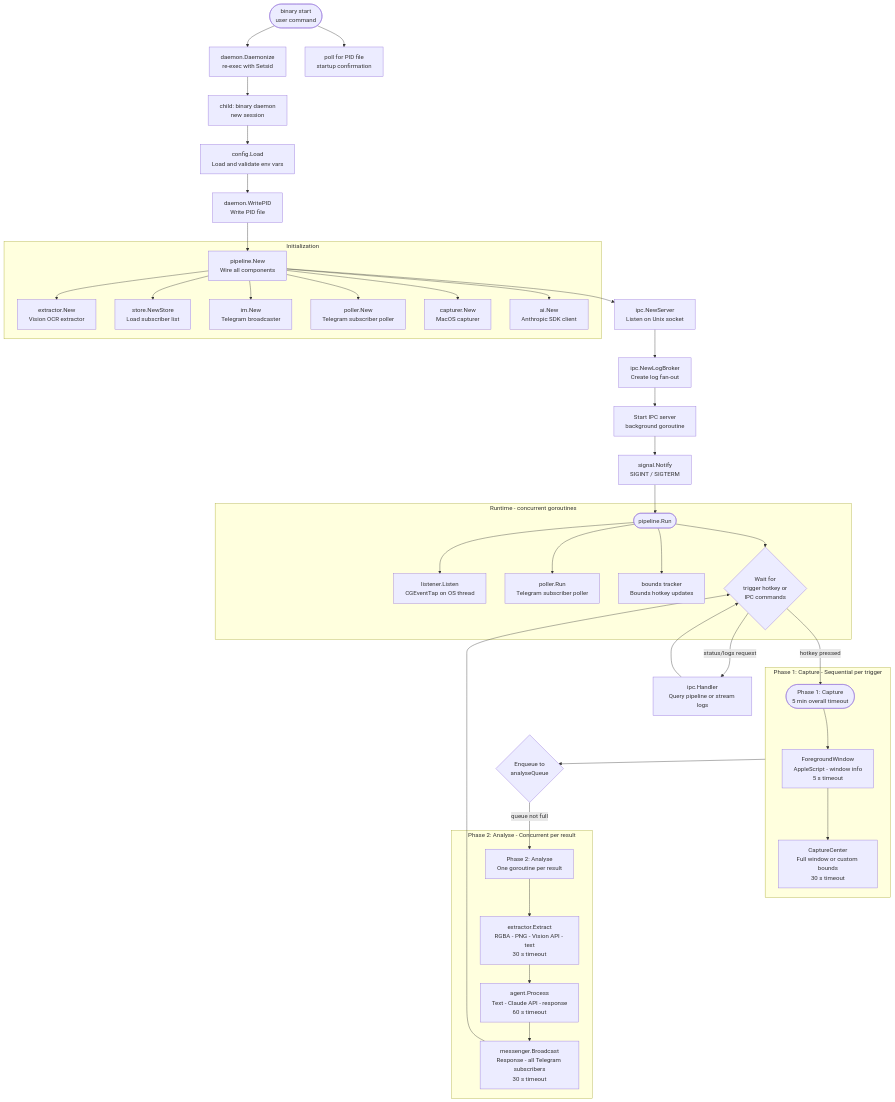
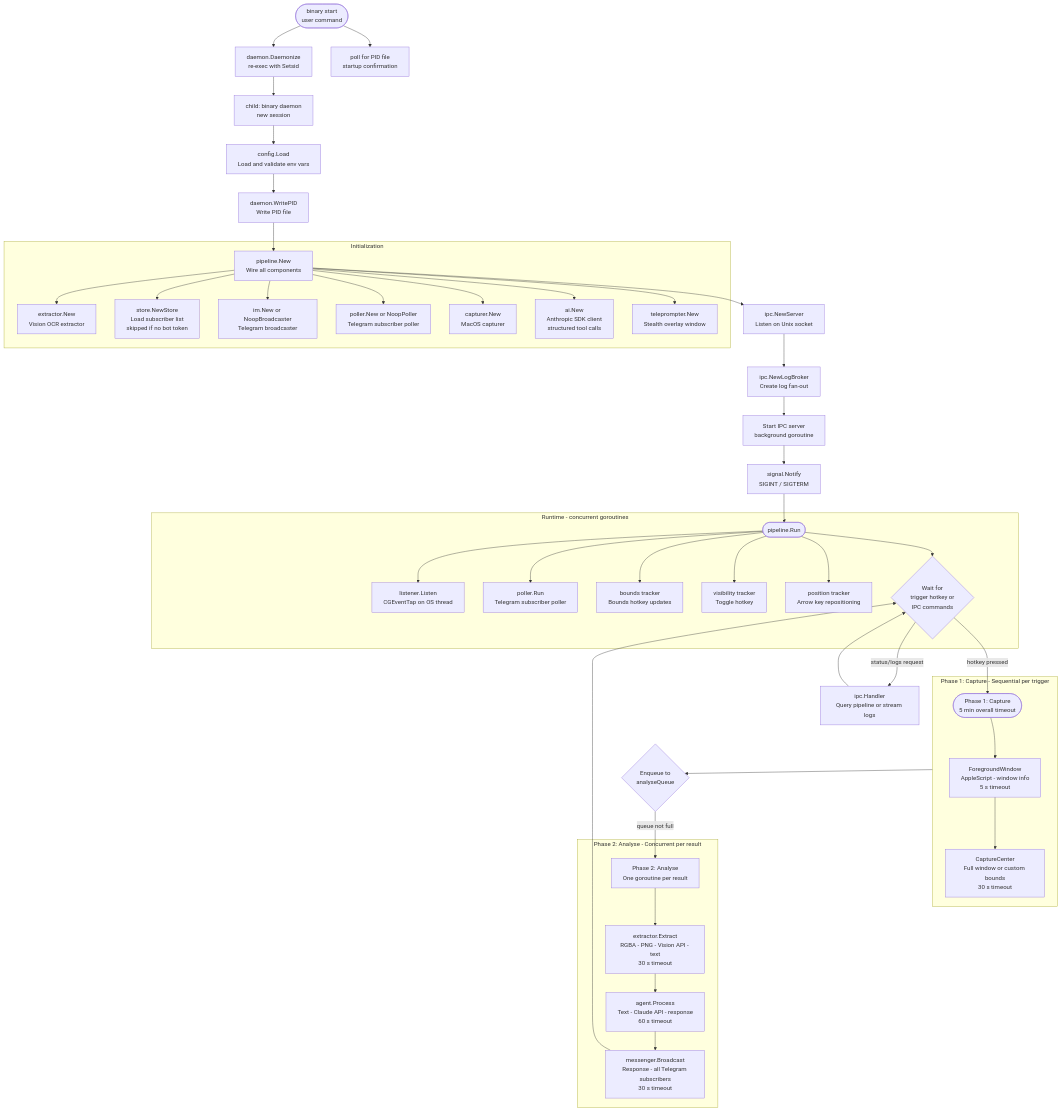
Before and after one commit to vdyalex/lens-daemon: the first of 3 diagrams in docs/ARCHITECTURE.md, drawn with Mermaid. The commit also changed other lines of this file and 36 other files, not shown here.

First line of the commit message:
feat(teleprompter): add stealth overlay with structured AI responses and optional Telegram (#14)

````diff
--- a/docs/ARCHITECTURE.md
+++ b/docs/ARCHITECTURE.md
@@ -65,52 +67,55 @@
 ```mermaid
 flowchart TD
     A([binary start<br/>user command]) --> B[daemon.Daemonize<br/>re-exec with Setsid]
     B --> C[child: binary daemon<br/>new session]
     A --> D[poll for PID file<br/>startup confirmation]
 
     C --> E[config.Load<br/>Load and validate env vars]
     E --> F[daemon.WritePID<br/>Write PID file]
     F --> G[pipeline.New<br/>Wire all components]
     G --> H[ipc.NewServer<br/>Listen on Unix socket]
 
     subgraph Init[Initialization]
         G --> I[extractor.New<br/>Vision OCR extractor]
-        G --> J[store.NewStore<br/>Load subscriber list]
-        G --> K[im.New<br/>Telegram broadcaster]
-        G --> L[poller.New<br/>Telegram subscriber poller]
+        G --> J[store.NewStore<br/>Load subscriber list<br/>skipped if no bot token]
+        G --> K[im.New or NoopBroadcaster<br/>Telegram broadcaster]
+        G --> L[poller.New or NoopPoller<br/>Telegram subscriber poller]
         G --> M[capturer.New<br/>MacOS capturer]
-        G --> N[ai.New<br/>Anthropic SDK client]
+        G --> N[ai.New<br/>Anthropic SDK client<br/>structured tool calls]
+        G --> O2[teleprompter.New<br/>Stealth overlay window]
     end
 
     H --> O[ipc.NewLogBroker<br/>Create log fan-out]
     O --> P[Start IPC server<br/>background goroutine]
     P --> Q[signal.Notify<br/>SIGINT / SIGTERM]
     Q --> R([pipeline.Run])
 
     subgraph Runtime[Runtime - concurrent goroutines]
         R --> S[listener.Listen<br/>CGEventTap on OS thread]
         R --> T[poller.Run<br/>Telegram subscriber poller]
         R --> U[bounds tracker<br/>Bounds hotkey updates]
+        R --> U2[visibility tracker<br/>Toggle hotkey]
+        R --> U3[position tracker<br/>Arrow key repositioning]
         R --> V{Wait for<br/>trigger hotkey or<br/>IPC commands}
     end
 
     V -->|status/logs request| W[ipc.Handler<br/>Query pipeline or stream logs]
     V -->|hotkey pressed| X([Phase 1: Capture<br/>5 min overall timeout])
 
     subgraph Phase1[Phase 1: Capture - Sequential per trigger]
         X --> Y[ForegroundWindow<br/>AppleScript - window info<br/>5 s timeout]
         Y --> Z[CaptureCenter<br/>Full window or custom bounds<br/>30 s timeout]
     end
 
     Phase1 --> X2{Enqueue to<br/>analyseQueue}
     X2 -->|queue not full| X3[Phase 2: Analyse<br/>One goroutine per result]
 
     subgraph Phase2[Phase 2: Analyse - Concurrent per result]
         X3 --> AA[extractor.Extract<br/>RGBA - PNG - Vision API - text<br/>30 s timeout]
         AA --> AB[agent.Process<br/>Text - Claude API - response<br/>60 s timeout]
         AB --> AC[messenger.Broadcast<br/>Response - all Telegram subscribers<br/>30 s timeout]
     end
 
     AC --> V
     W --> V
 ```
````
